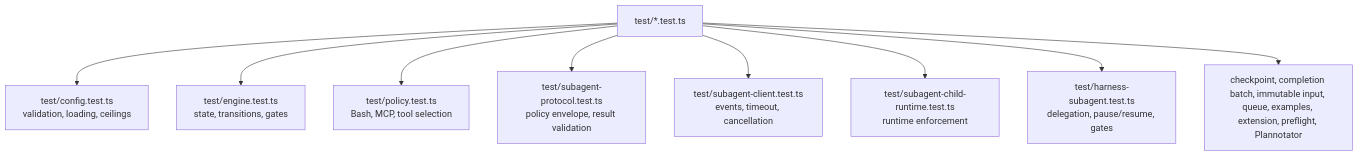
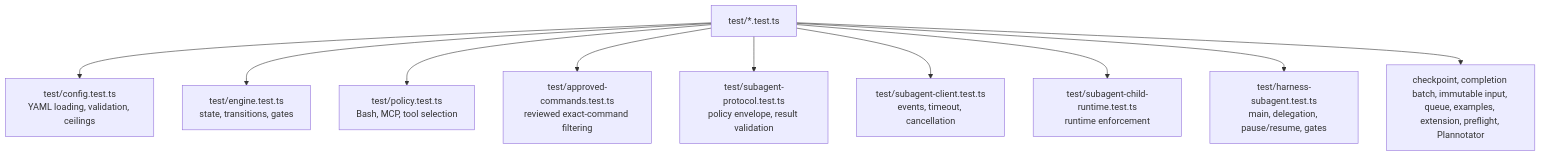
The second of 5 diagrams in openwiki/development/testing.md (wichayutdew/pi-workflows), drawn with Mermaid before and after one commit. The commit also changed other lines of this file and 84 other files, not shown here.

````diff
--- a/openwiki/development/testing.md
+++ b/openwiki/development/testing.md
@@ -15,12 +16,13 @@
 ```mermaid
 flowchart TD
   Tests[test/*.test.ts]
-  Tests --> Config[test/config.test.ts<br/>validation, loading, ceilings]
+  Tests --> Config[test/config.test.ts<br/>YAML loading, validation, ceilings]
   Tests --> Engine[test/engine.test.ts<br/>state, transitions, gates]
   Tests --> Policy[test/policy.test.ts<br/>Bash, MCP, tool selection]
+  Tests --> Approved[test/approved-commands.test.ts<br/>reviewed exact-command filtering]
   Tests --> Protocol[test/subagent-protocol.test.ts<br/>policy envelope, result validation]
   Tests --> Client[test/subagent-client.test.ts<br/>events, timeout, cancellation]
   Tests --> Child[test/subagent-child-runtime.test.ts<br/>runtime enforcement]
-  Tests --> Harness[test/harness-subagent.test.ts<br/>delegation, pause/resume, gates]
+  Tests --> Harness[test/harness-subagent.test.ts<br/>main, delegation, pause/resume, gates]
   Tests --> Misc[checkpoint, completion batch, immutable input, queue, examples, extension, preflight, Plannotator]
 ```
````
